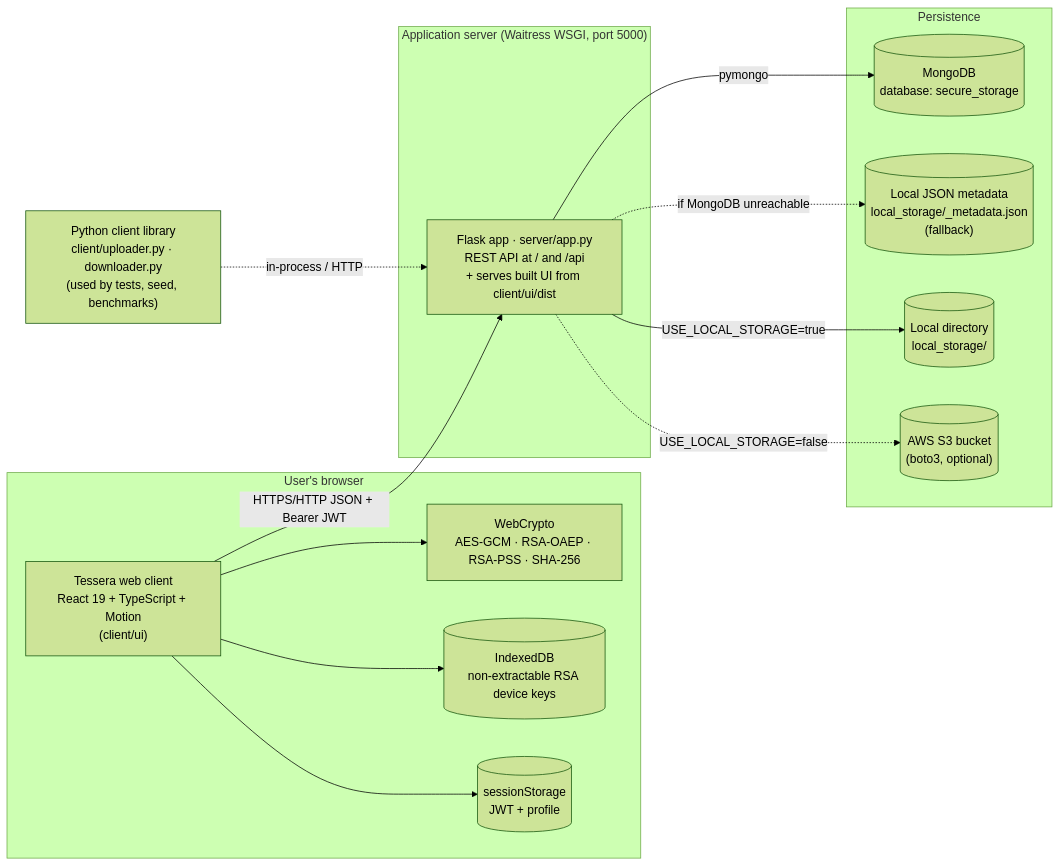
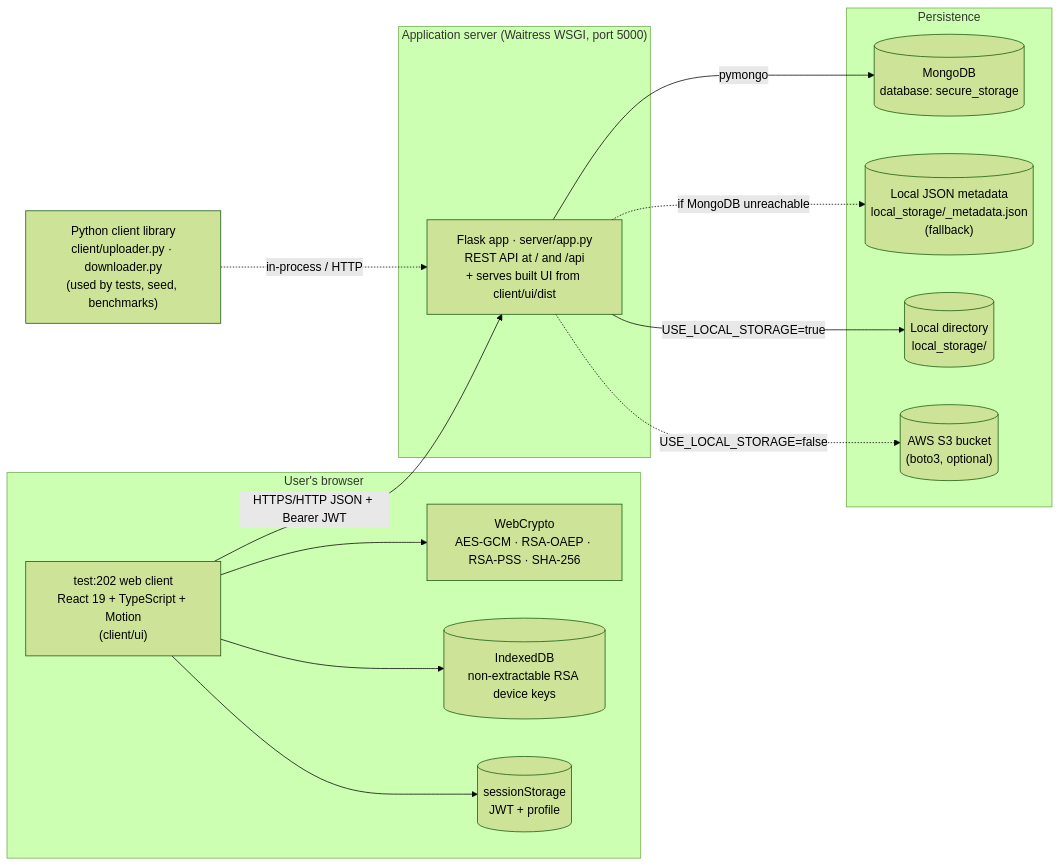
Before and after one commit to kushagragoyal18/major-project-mainbranch: the first of 8 diagrams in SYSTEM_DESIGN.md, drawn with Mermaid (forest theme). The commit also changed other lines of this file and 13 other files, not shown here.

````diff
--- a/SYSTEM_DESIGN.md
+++ b/SYSTEM_DESIGN.md
@@ -28,32 +28,32 @@
 ```mermaid
 flowchart LR
     subgraph Client["User's browser"]
-        UI["Tessera web client<br/>React 19 + TypeScript + Motion<br/>(client/ui)"]
+        UI["test:202 web client<br/>React 19 + TypeScript + Motion<br/>(client/ui)"]
         WC["WebCrypto<br/>AES-GCM · RSA-OAEP · RSA-PSS · SHA-256"]
         IDB[("IndexedDB<br/>non-extractable RSA device keys")]
         SS[("sessionStorage<br/>JWT + profile")]
         UI --> WC
         UI --> IDB
         UI --> SS
     end
 
     PyClient["Python client library<br/>client/uploader.py · downloader.py<br/>(used by tests, seed, benchmarks)"]
 
     subgraph Server["Application server (Waitress WSGI, port 5000)"]
         API["Flask app · server/app.py<br/>REST API at / and /api<br/>+ serves built UI from client/ui/dist"]
     end
 
     subgraph Data["Persistence"]
         Mongo[("MongoDB<br/>database: secure_storage")]
         LocalMeta[("Local JSON metadata<br/>local_storage/_metadata.json<br/>(fallback)")]
         LocalBlob[("Local directory<br/>local_storage/")]
         S3[("AWS S3 bucket<br/>(boto3, optional)")]
     end
 
     UI -- "HTTPS/HTTP JSON + Bearer JWT" --> API
     PyClient -. "in-process / HTTP" .-> API
     API -- "pymongo" --> Mongo
     API -. "if MongoDB unreachable" .-> LocalMeta
     API -- "USE_LOCAL_STORAGE=true" --> LocalBlob
     API -. "USE_LOCAL_STORAGE=false" .-> S3
 ```
````
